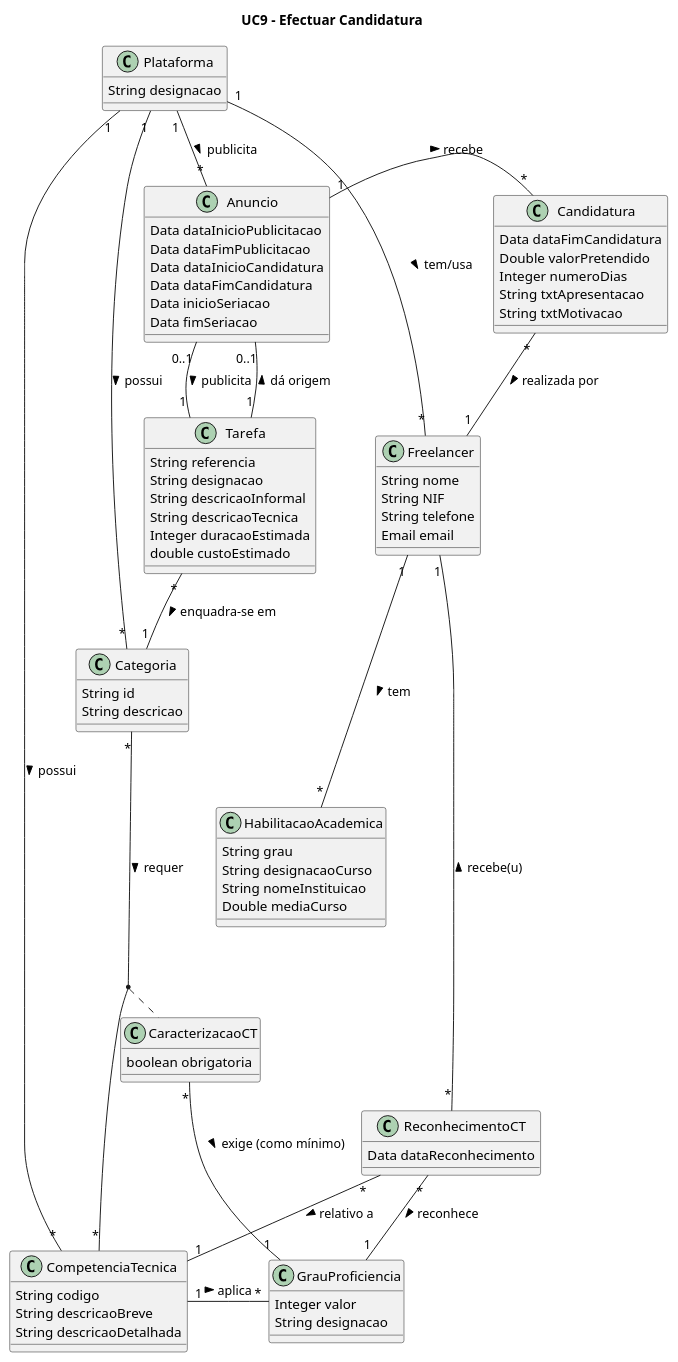
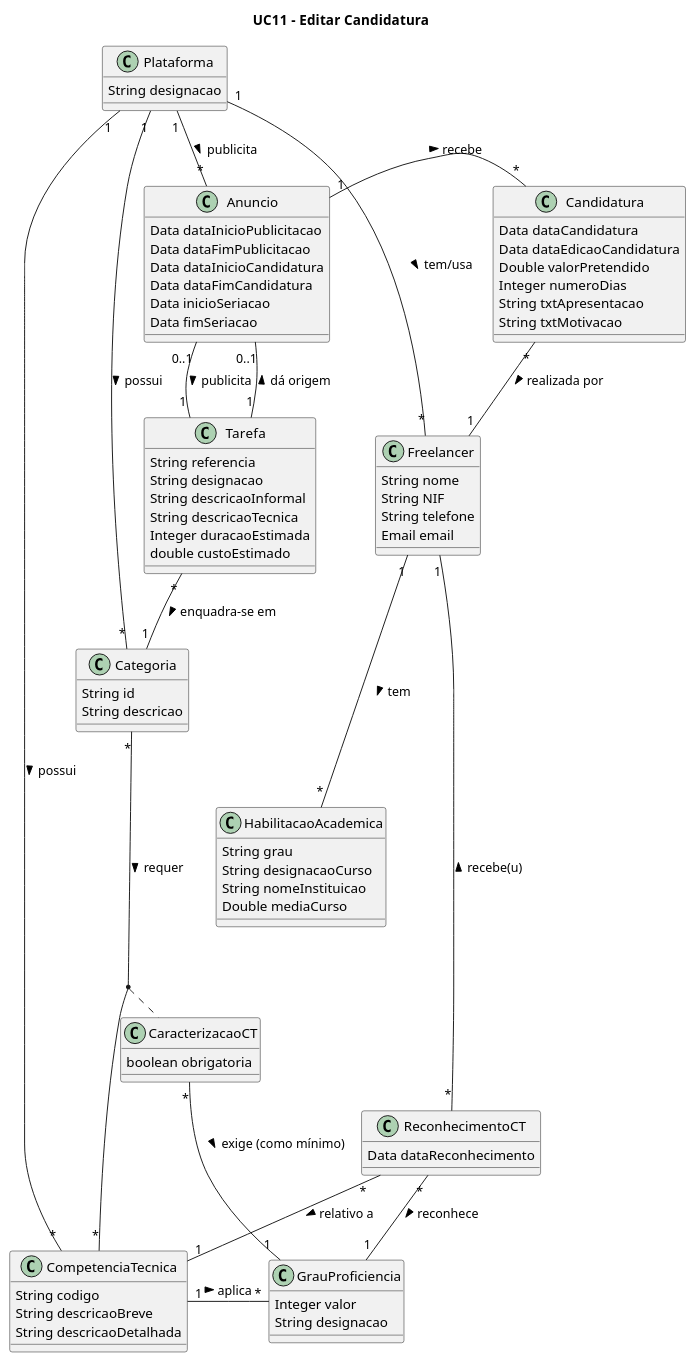
One commit to blestonbandeiraUPSKILL/upskill_java1_labprg_grupo2 changed the diagram in Documentação/Sprint 4/UC11_Editar_Candidatura/UC11_ExcertoMD_Editar_Candidatura.plantuml. Above: the diagram before and after it, drawn with PlantUML. The commit also changed 6 other files, not shown here.

```diff
--- a/Documentação/Sprint 4/UC11_Editar_Candidatura/UC11_ExcertoMD_Editar_Candidatura.plantuml
+++ b/Documentação/Sprint 4/UC11_Editar_Candidatura/UC11_ExcertoMD_Editar_Candidatura.plantuml
@@ -1,96 +1,97 @@
 @startuml
 
 
-title UC9 - Efectuar Candidatura
+title UC11 - Editar  Candidatura
 
 class Plataforma {
     String designacao
 }
 
 class Anuncio {
     Data dataInicioPublicitacao
     Data dataFimPublicitacao
     Data dataInicioCandidatura
     Data dataFimCandidatura
     Data inicioSeriacao
     Data fimSeriacao
 }
 
 class Categoria {
     String id 
     String descricao
 }
 
 class GrauProficiencia {
     Integer valor
     String designacao
 }
 class CaracterizacaoCT {
     boolean obrigatoria
 }
 class CompetenciaTecnica {
     String codigo
     String descricaoBreve
     String descricaoDetalhada
 }
 class Tarefa {
     String referencia
     String designacao
     String descricaoInformal
     String descricaoTecnica
     Integer duracaoEstimada
     double custoEstimado
 }
 
 class Freelancer {
     String nome 
     String NIF
     String telefone
     Email email
 }
 class Candidatura {
-    Data dataFimCandidatura
+    Data dataCandidatura
+    Data dataEdicaoCandidatura
     Double valorPretendido
     Integer numeroDias
     String txtApresentacao
     String txtMotivacao
 }
 class HabilitacaoAcademica{
     String grau
     String designacaoCurso
     String nomeInstituicao
     Double mediaCurso
 }
 class ReconhecimentoCT {
     Data dataReconhecimento
 }
 
 
 Plataforma "1" -- "*" Categoria : possui >
 Plataforma "1" -- "*" Anuncio : publicita >
 Plataforma "1" -- "*" CompetenciaTecnica : possui >
 Plataforma "1" -- "*" Freelancer : tem/usa >
 
 Anuncio "0..1" -- "1" Tarefa : publicita >
 Anuncio "0..1" -- "1" Tarefa : dá origem <
 Anuncio "1" - "*" Candidatura : recebe >
 
 Tarefa "*" -- "1" Categoria : enquadra-se em >
 
 Candidatura "*" -- "1" Freelancer : realizada por >
 
 Freelancer "1" --- "*" HabilitacaoAcademica : tem >
 Freelancer "1" --- "*" ReconhecimentoCT : recebe(u) <
 
 ReconhecimentoCT "*" - "1" CompetenciaTecnica : relativo a >
 ReconhecimentoCT "*" -- "1" GrauProficiencia : reconhece >
 
 CompetenciaTecnica "1" - "*" GrauProficiencia : aplica >
 
 CaracterizacaoCT "*" - "1" GrauProficiencia : exige (como mínimo) >
 
 Categoria "*" --- "*" CompetenciaTecnica : requer >
 
 (Categoria, CompetenciaTecnica) . CaracterizacaoCT
 
 @enduml
```
